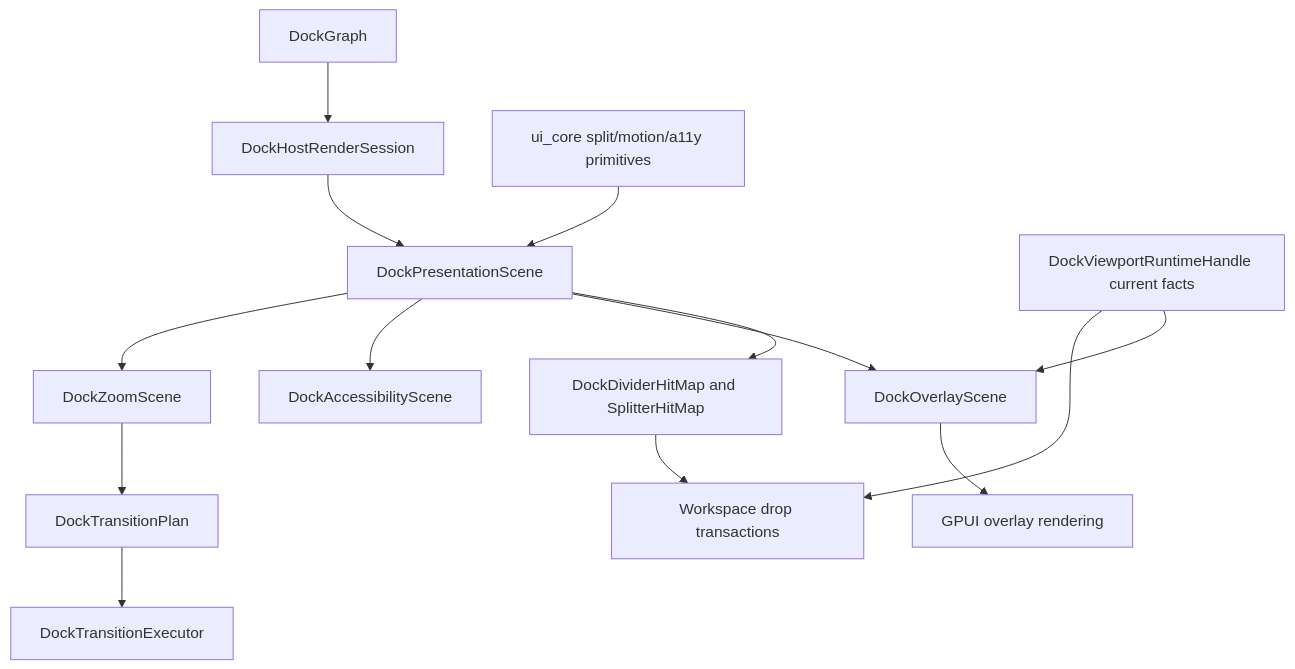
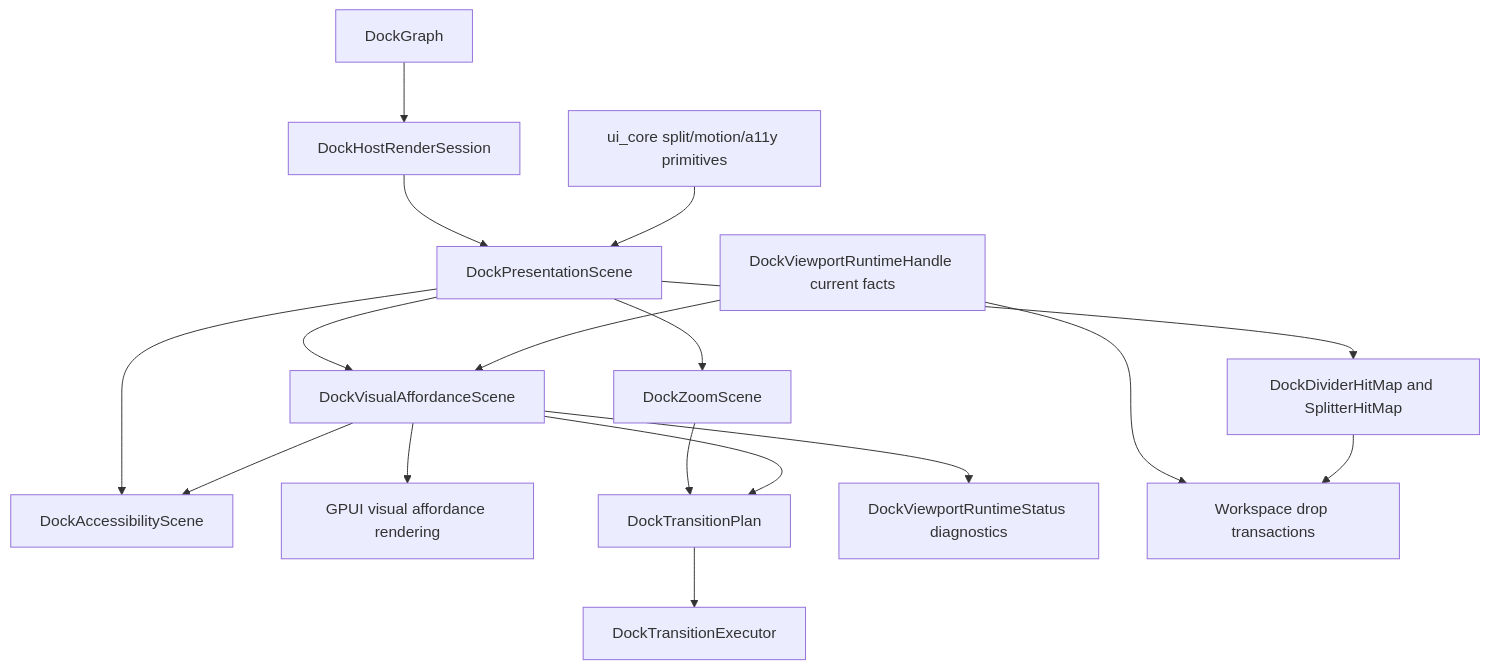
Before and after one commit to Latias94/open-gpui: the diagram in docs/adr/0012-docking-runtime-capability-alignment.md, drawn with Mermaid. The commit also changed other lines of this file and 8 other files, not shown here.

````diff
--- a/docs/adr/0012-docking-runtime-capability-alignment.md
+++ b/docs/adr/0012-docking-runtime-capability-alignment.md
@@ -50,16 +52,19 @@
 ```mermaid
 flowchart TB
   Graph[DockGraph] --> Session[DockHostRenderSession]
   Session --> Presentation[DockPresentationScene]
   UiCore[ui_core split/motion/a11y primitives] --> Presentation
   Presentation --> HitMap[DockDividerHitMap and SplitterHitMap]
-  Presentation --> Overlay[DockOverlayScene]
+  Presentation --> Affordance[DockVisualAffordanceScene]
   Presentation --> A11y[DockAccessibilityScene]
   Presentation --> Zoom[DockZoomScene]
-  Overlay --> Render[GPUI overlay rendering]
+  Affordance --> Render[GPUI visual affordance rendering]
+  Affordance --> A11y
   Zoom --> Transition[DockTransitionPlan]
+  Affordance --> Transition
   Transition --> Executor[DockTransitionExecutor]
-  Runtime[DockViewportRuntimeHandle current facts] --> Overlay
+  Runtime[DockViewportRuntimeHandle current facts] --> Affordance
+  Affordance --> Status[DockViewportRuntimeStatus diagnostics]
   Runtime --> Release[Workspace drop transactions]
   HitMap --> Release
 ```
````
